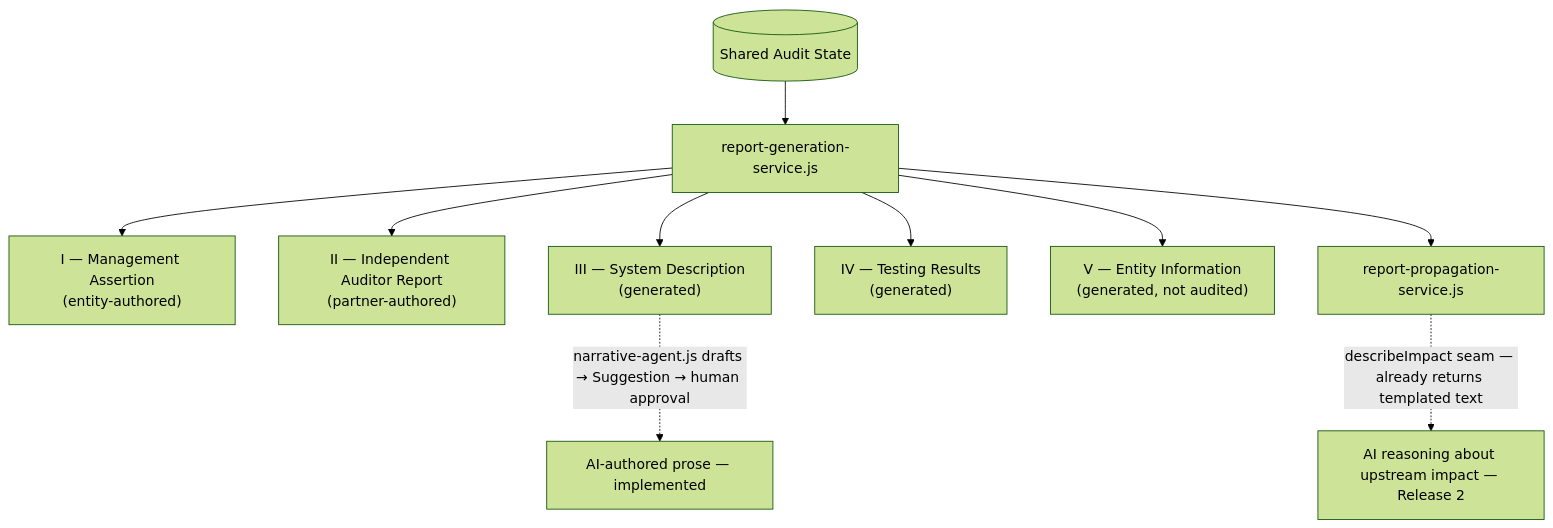
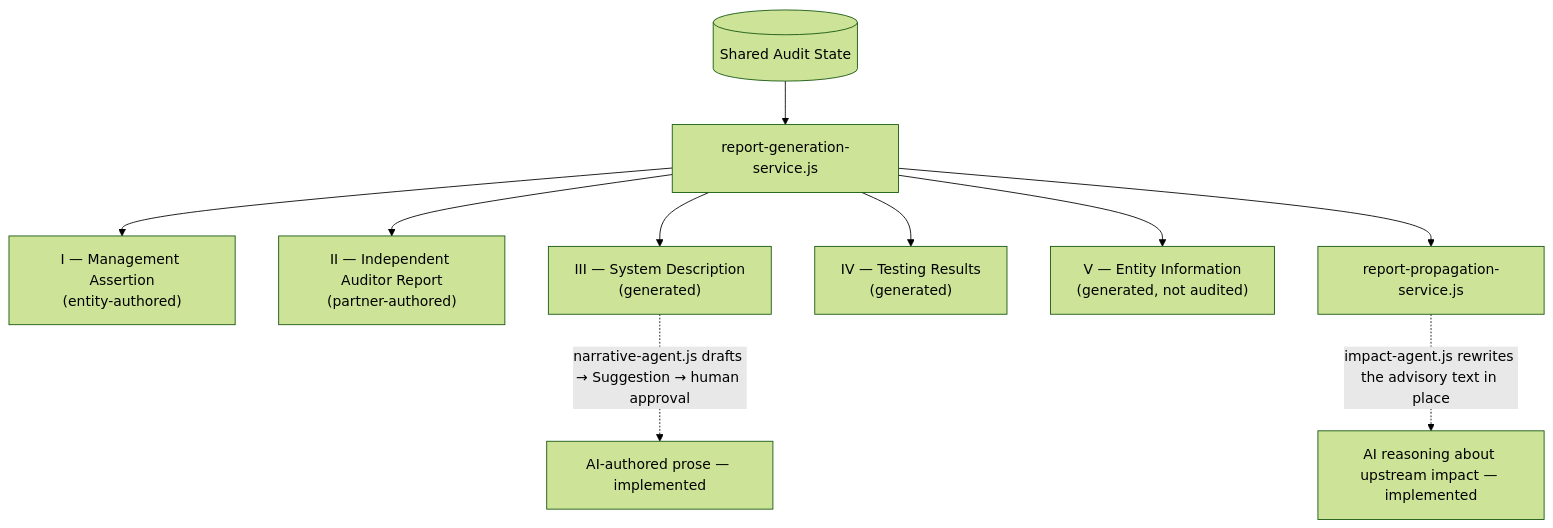
Before and after one commit to nirmalarajendran1/AuditOS: diagram 11 of 13 in README.md, drawn with Mermaid (forest theme). The commit also changed other lines of this file and 8 other files, not shown here.

````diff
--- a/README.md
+++ b/README.md
@@ -408,12 +408,12 @@
 ```mermaid
 graph TD
     SAS[("Shared Audit State")] --> RGS["report-generation-service.js"]
     RGS --> S1["I — Management Assertion<br/>(entity-authored)"]
     RGS --> S2["II — Independent Auditor Report<br/>(partner-authored)"]
     RGS --> S3["III — System Description<br/>(generated)"]
     RGS --> S4["IV — Testing Results<br/>(generated)"]
     RGS --> S5["V — Entity Information<br/>(generated, not audited)"]
     S3 -.->|"narrative-agent.js drafts → Suggestion → human approval"| DN["AI-authored prose — implemented"]
     RGS --> RPS["report-propagation-service.js"]
-    RPS -.->|"describeImpact seam — already returns templated text"| DI["AI reasoning about upstream impact — Release 2"]
+    RPS -.->|"impact-agent.js rewrites the advisory text in place"| DI["AI reasoning about upstream impact — implemented"]
 ```
````
